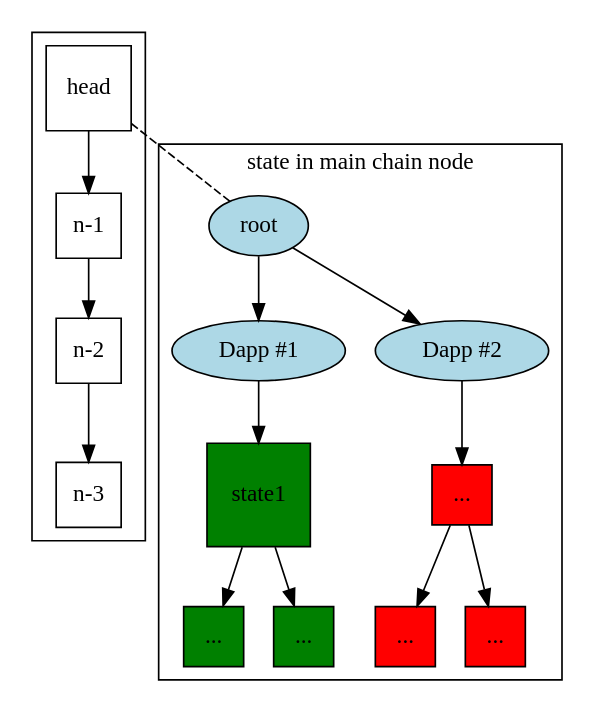
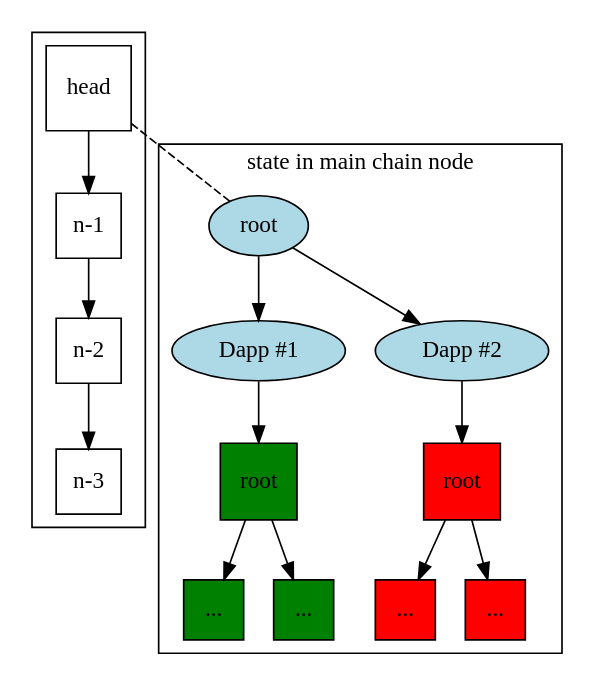
One commit to gballet/presentations changed the diagram in ethcc20/prestate.dot. Above: the diagram before and after it, drawn with Graphviz. The commit also changed 1 other file, not shown here.

```diff
--- a/ethcc20/prestate.dot
+++ b/ethcc20/prestate.dot
@@ -1,34 +1,36 @@
 digraph D {
     subgraph cluster_chain {
     node [shape=square]
     
     r [label="head"]
     b [label="n-1"]
     c [label="n-2"]
     d [label="n-3"]
     r -> b -> c -> d
     }
 
     subgraph cluster_mainchain {
         label = "state in main chain node";
         node [style=filled,fillcolor=lightblue]
         
         root [fillcolor=lightblue]
         child1 [label="Dapp #1"]
         child2 [label="Dapp #2"]
         root -> child1 
         root -> child2
-        
+
         node [shape=square,fillcolor=green]
+	state1 [label="root"]
         child1 -> state1
         node [label="..."]
         state1 -> state11
         state1 -> state12
         
         node [fillcolor=red]
+	state2 [label="root"]
         child2 -> state2
         state2 -> state21
         state2 -> state22
     }
     r -> root [dir=none,style=dashed]
 }
```
